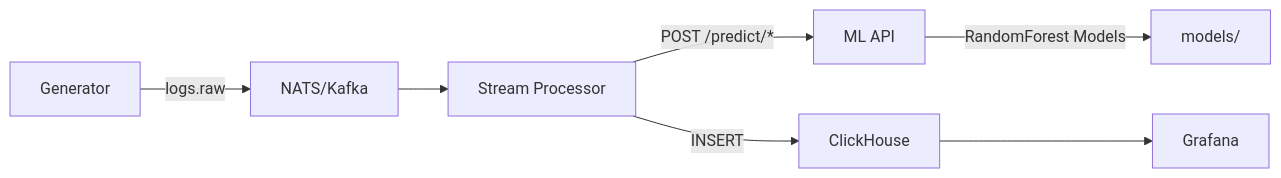
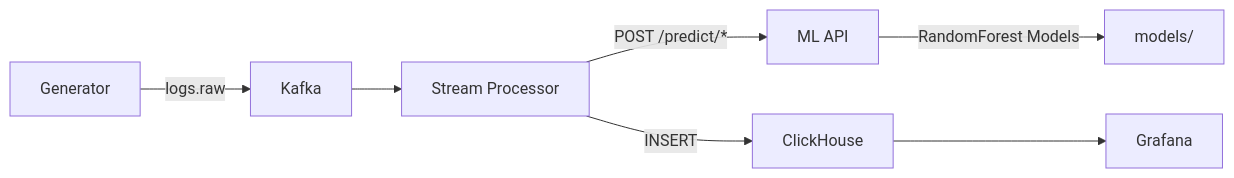
One commit to huutawn/bigdata changed the diagram in issue.md. Above: the diagram before and after it, drawn with Mermaid. The commit also changed other lines of this file and 10 other files, not shown here.

````diff
--- a/issue.md
+++ b/issue.md
@@ -293,9 +293,9 @@
 ```mermaid
 graph LR
-    A[Generator] -->|logs.raw| B[NATS/Kafka]
+    A[Generator] -->|logs.raw| B[Kafka]
     B --> C[Stream Processor]
     C -->|POST /predict/*| D[ML API]
     C -->|INSERT| E[ClickHouse]
     E --> F[Grafana]
     D -->|RandomForest Models| G[models/]
 ```
````
